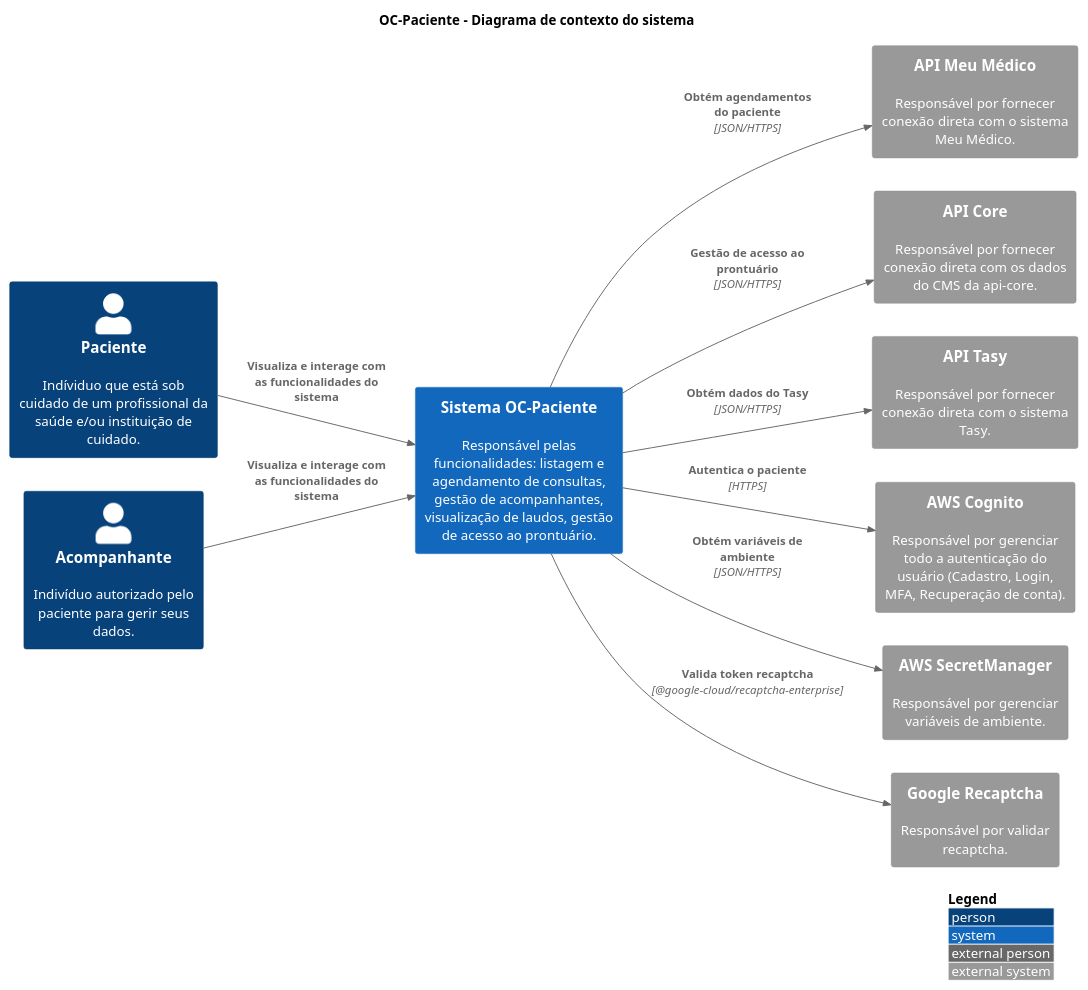
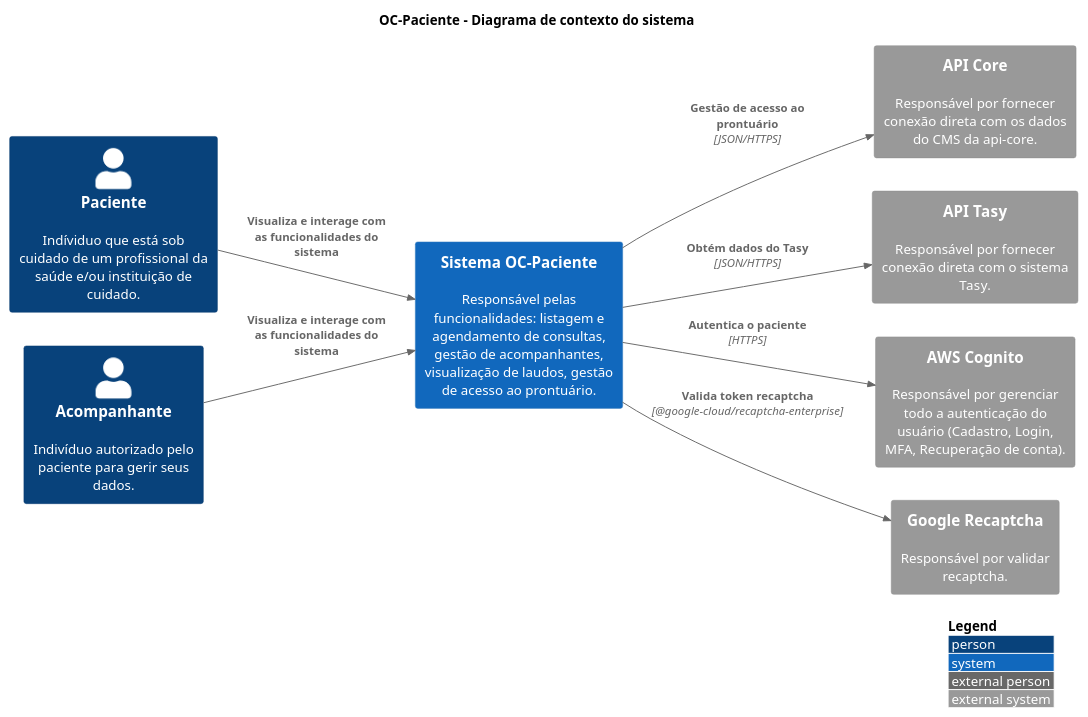
Before and after one commit to luizggbasedigital/poc-oc-docs: the diagram in src/OC-Paciente/C1. Visão Geral/context.puml, drawn with PlantUML. The commit also changed 7 other files, not shown here.

```diff
--- a/src/OC-Paciente/C1. Visão Geral/context.puml
+++ b/src/OC-Paciente/C1. Visão Geral/context.puml
@@ -1,37 +1,34 @@
 @startuml "Context Diagram"
 
 title "OC-Paciente - Diagrama de contexto do sistema"
 
 !include https://raw.githubusercontent.com/adrianvlupu/C4-PlantUML/latest/C4_Context.puml
 
 LAYOUT_WITH_LEGEND()
 LAYOUT_LEFT_RIGHT()
 
 skinparam backgroundcolor transparent
 
 /'Actors'/
 Person(ActorPatient, "Paciente", "Indíviduo que está sob cuidado de um profissional da saúde e/ou instituição de cuidado.")
 Person(ActorCompanion, "Acompanhante", "Indivíduo autorizado pelo paciente para gerir seus dados.")
 
 /'Internal Systems'/
 System(SystemOCPatient, "Sistema OC-Paciente", "Responsável pelas funcionalidades: listagem e agendamento de consultas, gestão de acompanhantes, visualização de laudos, gestão de acesso ao prontuário.")
 
 /'External Systems'/
-System_Ext(SystemMyPhysicianApi, "API Meu Médico", "Responsável por fornecer conexão direta com o sistema Meu Médico.")
 System_Ext(SystemApiCore, "API Core", "Responsável por fornecer conexão direta com os dados do CMS da api-core.")
 System_Ext(SystemTasyApi, "API Tasy", "Responsável por fornecer conexão direta com o sistema Tasy.")
 System_Ext(SystemAWSCognito, "AWS Cognito", "Responsável por gerenciar todo a autenticação do usuário (Cadastro, Login, MFA, Recuperação de conta).")
-System_Ext(SystemAWSSecretManager, "AWS SecretManager", "Responsável por gerenciar variáveis de ambiente.")
+
 System_Ext(SystemGoogleRecaptcha, "Google Recaptcha", "Responsável por validar recaptcha.")
 
 /'Relations'/
 Rel(ActorPatient, SystemOCPatient, "Visualiza e interage com as funcionalidades do sistema")
 Rel(ActorCompanion, SystemOCPatient, "Visualiza e interage com as funcionalidades do sistema")
 Rel(SystemOCPatient, SystemGoogleRecaptcha, "Valida token recaptcha", "@google-cloud/recaptcha-enterprise")
 Rel(SystemOCPatient, SystemAWSCognito, "Autentica o paciente", "HTTPS")
-Rel(SystemOCPatient, SystemAWSSecretManager, "Obtém variáveis de ambiente", "JSON/HTTPS")
-Rel(SystemOCPatient, SystemMyPhysicianApi, "Obtém agendamentos do paciente", "JSON/HTTPS")
 Rel(SystemOCPatient, SystemTasyApi, "Obtém dados do Tasy", "JSON/HTTPS")
 Rel(SystemOCPatient, SystemApiCore, "Gestão de acesso ao prontuário", "JSON/HTTPS")
 
 @enduml
```
